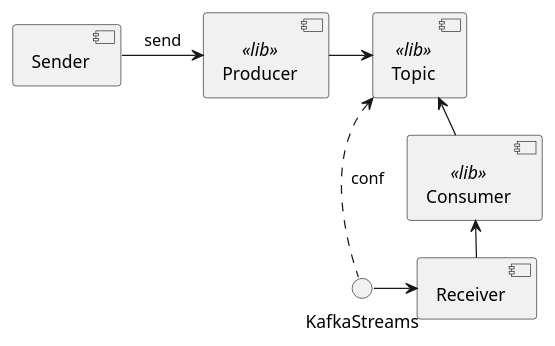
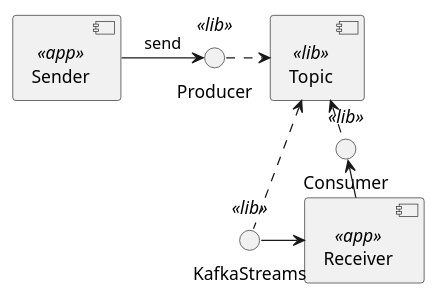
The ninth of 14 diagrams in async-test-design.md (eugene-krivosheyev/kafka-testing), drawn with PlantUML before and after one commit. The commit also changed other lines of this file and 3 other files, not shown here.

````diff
--- a/async-test-design.md
+++ b/async-test-design.md
@@ -237,18 +237,19 @@
 ```plantuml
 @startuml 'https://plantuml.com/ru/component-diagram
 
-component Sender
-component Producer <<lib>>
+component Sender <<app>>
+interface Producer <<lib>>
+component Topic <<lib>>
 Sender -> Producer: send
-component Topic <<lib>>
-Producer -> Topic
-component Consumer <<lib>>
-Topic <- Consumer: sub
-component Receiver
+interface Consumer <<lib>>
+component Receiver <<app>>
+interface KafkaStreams <<lib>>
+
+Producer .> Topic
+Topic <. Consumer
 Consumer <- Receiver: poll
-Topic <.. KafkaStreams: conf
+Topic <.. KafkaStreams
 KafkaStreams -> Receiver
-}
 
 @enduml
 ```
````
